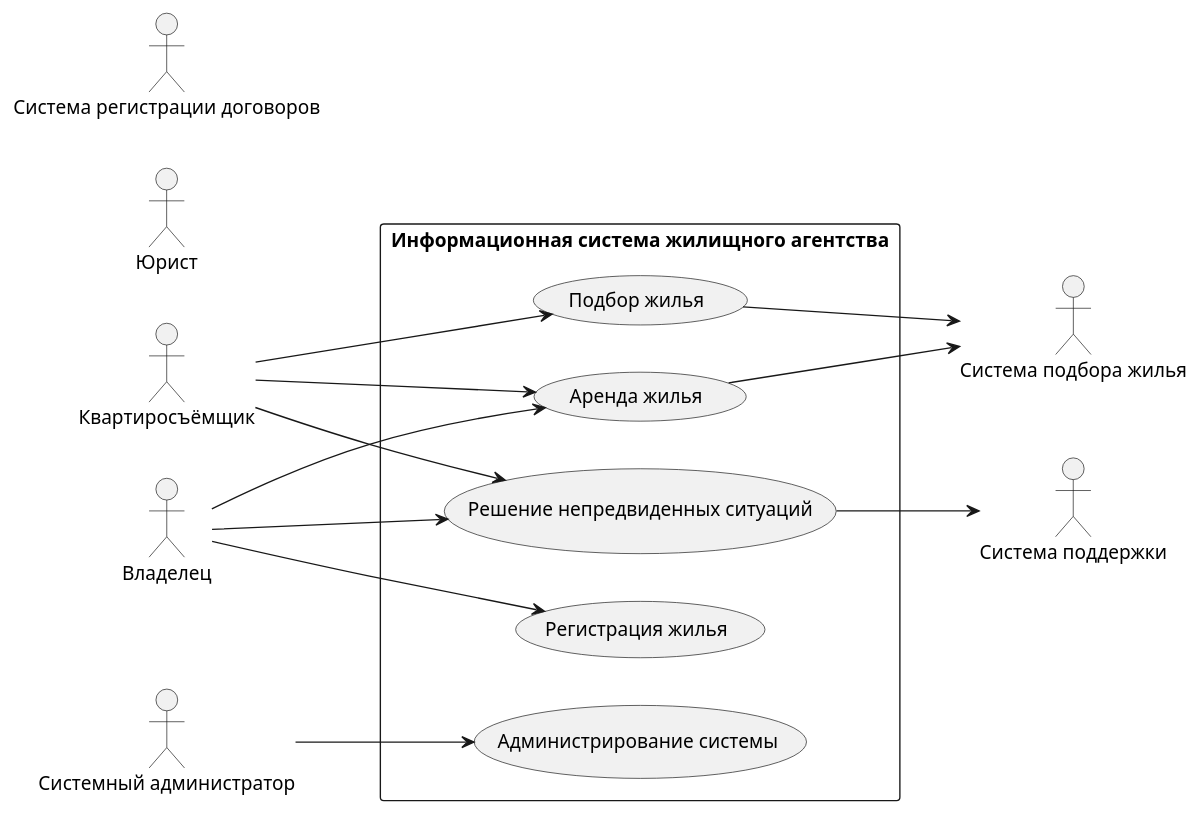
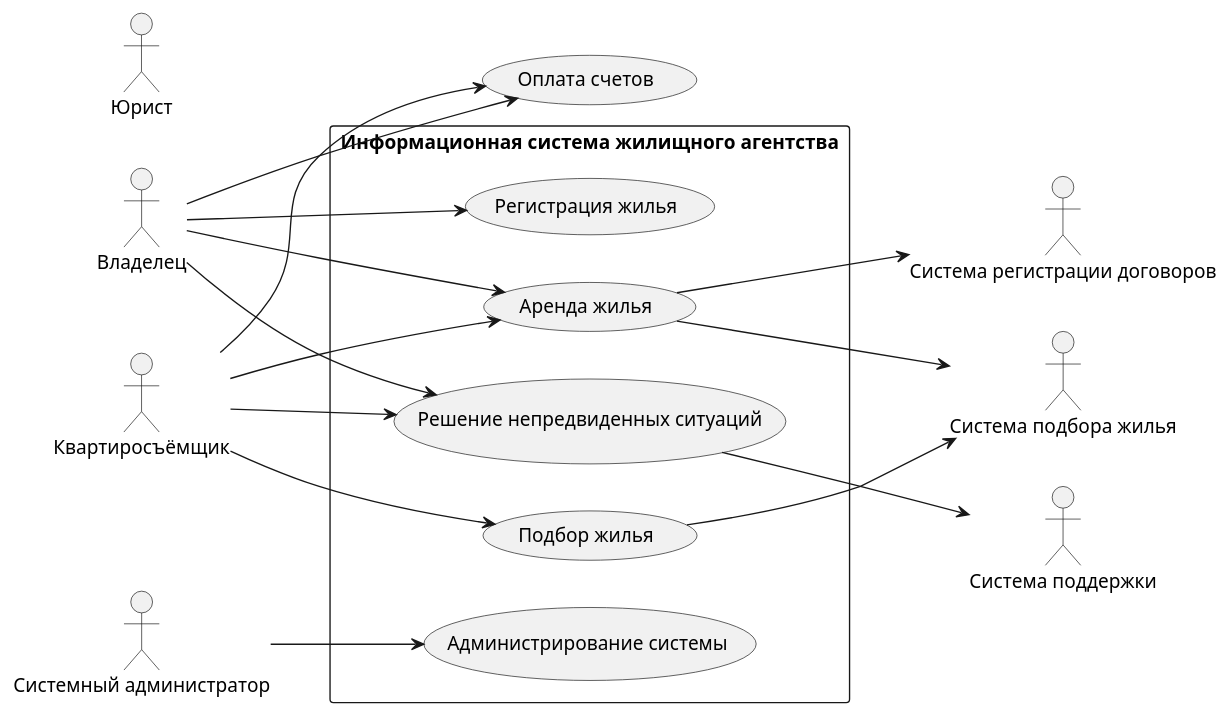
Before and after one commit to penamarth/bsbo-01-22_team4_var8: the diagram in Diagrama_precedent.md, drawn with PlantUML.

Commit message:
Add payment method for housing bill

````diff
--- a/Diagrama_precedent.md
+++ b/Diagrama_precedent.md
@@ -1,40 +1,43 @@
 ```plantuml
 @startuml
 skinparam packageStyle rect
 left to right direction
 
 :Квартиросъёмщик:
 :Владелец:
 :Системный администратор:
 :Юрист:
 
 package "Информационная система жилищного агентства" {
 
 (Подбор жилья)
 (Регистрация жилья)
 (Аренда жилья)
 (Администрирование системы)
 (Решение непредвиденных ситуаций)
 }
 
 :Квартиросъёмщик: --> (Подбор жилья)
 :Квартиросъёмщик: --> (Аренда жилья)
+:Квартиросъёмщик: --> (Оплата счетов)
 
 :Владелец: --> (Регистрация жилья)
 :Владелец: --> (Аренда жилья)
+:Владелец: --> (Оплата счетов)
 
 :Системный администратор: --> (Администрирование системы)
 
 :Владелец: --> (Решение непредвиденных ситуаций)
 :Квартиросъёмщик: --> (Решение непредвиденных ситуаций)
 
 :Система регистрации договоров:
 :Система подбора жилья:
 :Система поддержки:
 
 (Подбор жилья) --> :Система подбора жилья:
 (Решение непредвиденных ситуаций) --> :Система поддержки:
 (Аренда жилья) --> :Система подбора жилья:
+(Аренда жилья) --> :Система регистрации договоров:
 
 @enduml
 ```
````
